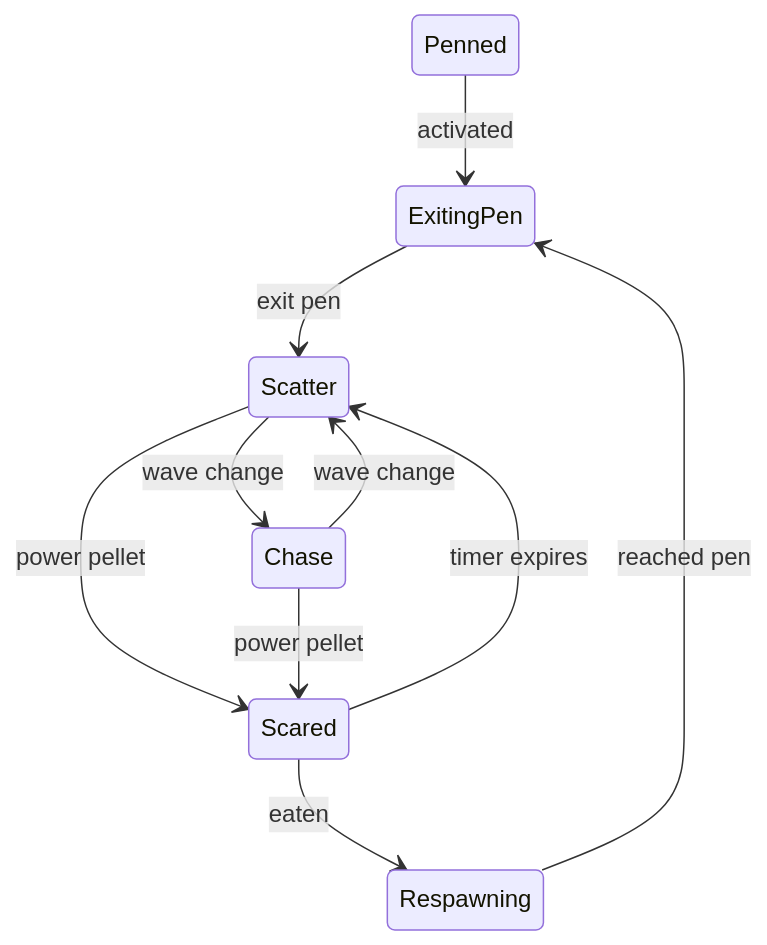
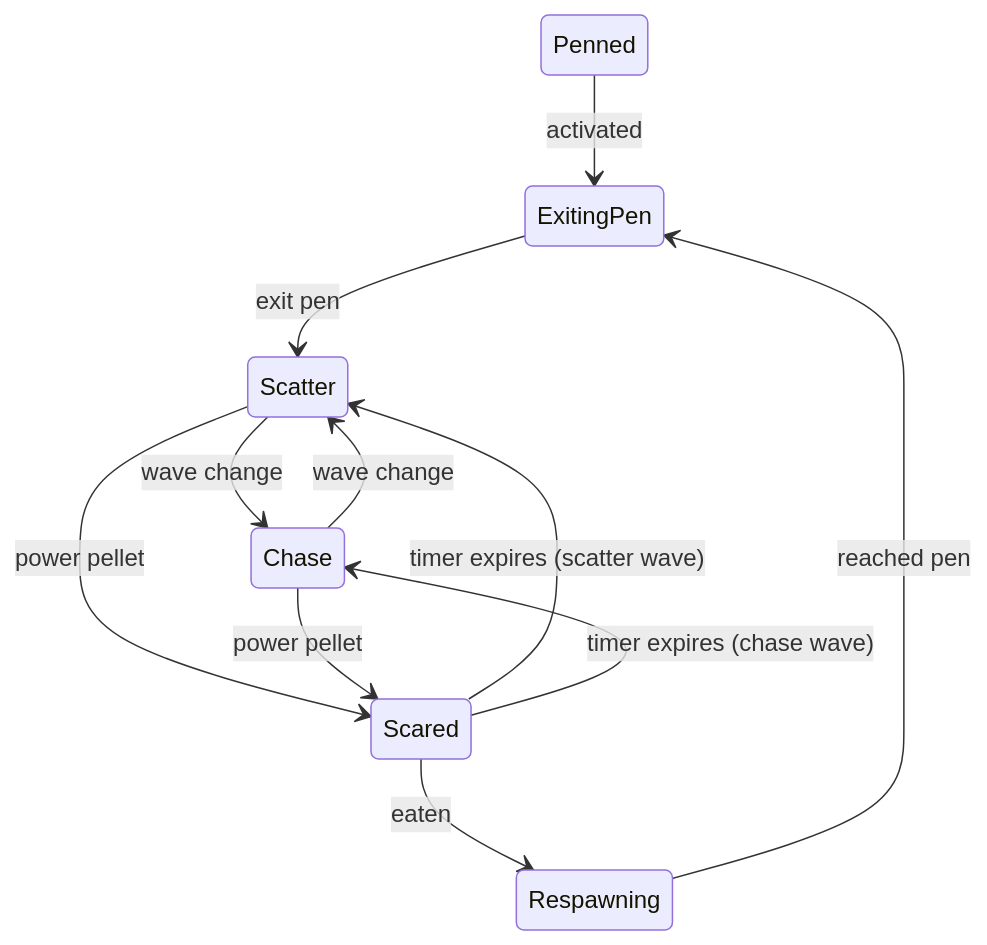
Before and after one commit to wboayue/pacman: the second of 2 diagrams in README.md, drawn with Mermaid. The commit also changed other lines of this file, not shown here.

````diff
--- a/README.md
+++ b/README.md
@@ -232,12 +233,13 @@
 ```mermaid
 stateDiagram-v2
     Penned --> ExitingPen: activated
     ExitingPen --> Scatter: exit pen
     Scatter --> Chase: wave change
     Chase --> Scatter: wave change
     Scatter --> Scared: power pellet
     Chase --> Scared: power pellet
-    Scared --> Scatter: timer expires
+    Scared --> Scatter: timer expires (scatter wave)
+    Scared --> Chase: timer expires (chase wave)
     Scared --> Respawning: eaten
     Respawning --> ExitingPen: reached pen
 ```
````
